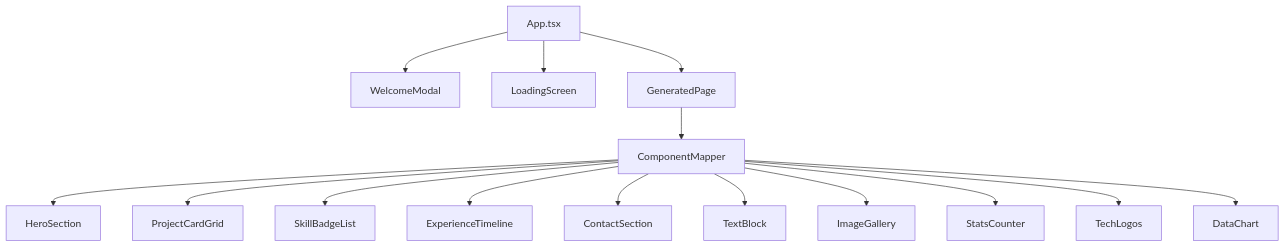
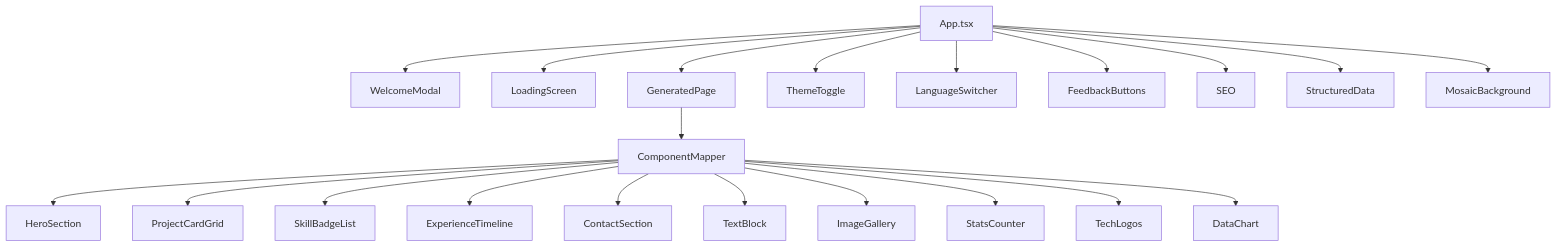
Before and after one commit to uetuluk/uetuluk-portfolio: the second of 3 diagrams in ARCHITECTURE.md, drawn with Mermaid. The commit also changed 4 other files, not shown here.

Commit message:
docs: update architecture documentation to include new components; enhance deployment and development guides with additional workflows and testing details

````diff
--- a/ARCHITECTURE.md
+++ b/ARCHITECTURE.md
@@ -26,17 +26,23 @@
 ```mermaid
 flowchart TD
     App[App.tsx] --> Modal[WelcomeModal]
     App --> Loading[LoadingScreen]
     App --> Page[GeneratedPage]
+    App --> Theme[ThemeToggle]
+    App --> Lang[LanguageSwitcher]
+    App --> Feedback[FeedbackButtons]
+    App --> SEO[SEO]
+    App --> Schema[StructuredData]
+    App --> Mosaic[MosaicBackground]
     Page --> Mapper[ComponentMapper]
     Mapper --> Hero[HeroSection]
     Mapper --> Cards[ProjectCardGrid]
     Mapper --> Skills[SkillBadgeList]
     Mapper --> Timeline[ExperienceTimeline]
     Mapper --> Contact[ContactSection]
     Mapper --> Text[TextBlock]
     Mapper --> Gallery[ImageGallery]
     Mapper --> Stats[StatsCounter]
     Mapper --> TechLogo[TechLogos]
     Mapper --> Chart[DataChart]
 ```
````
